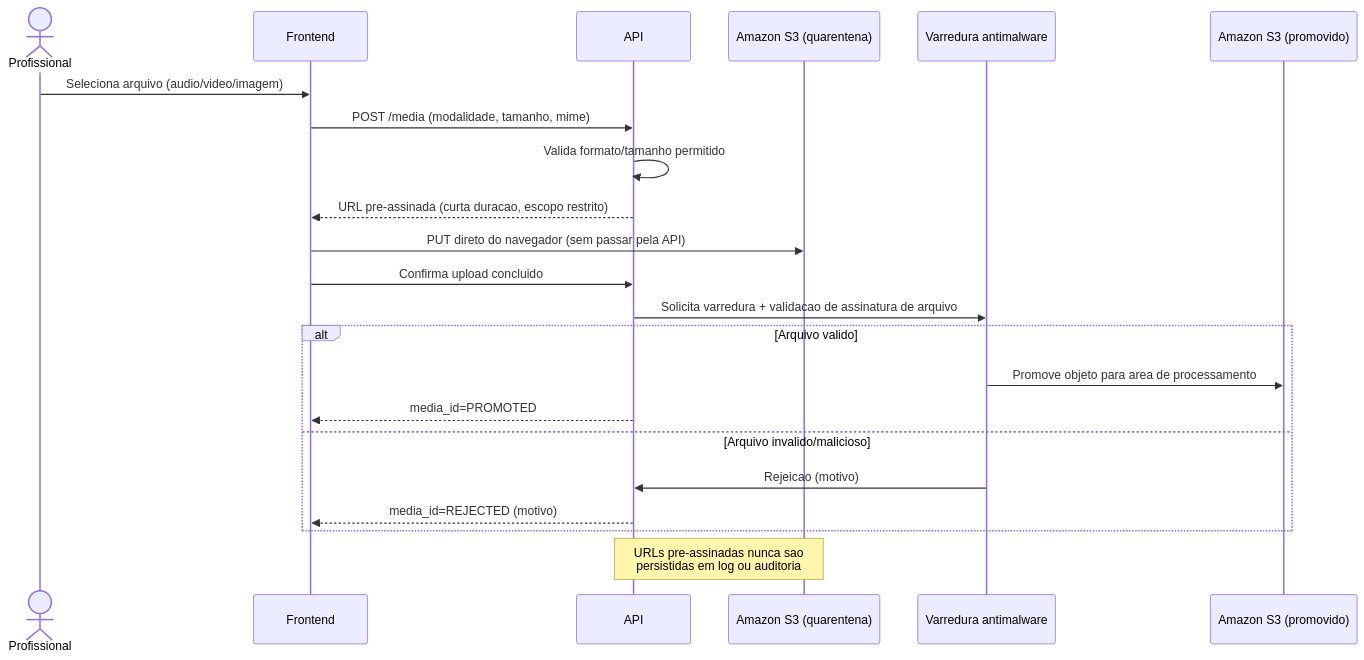
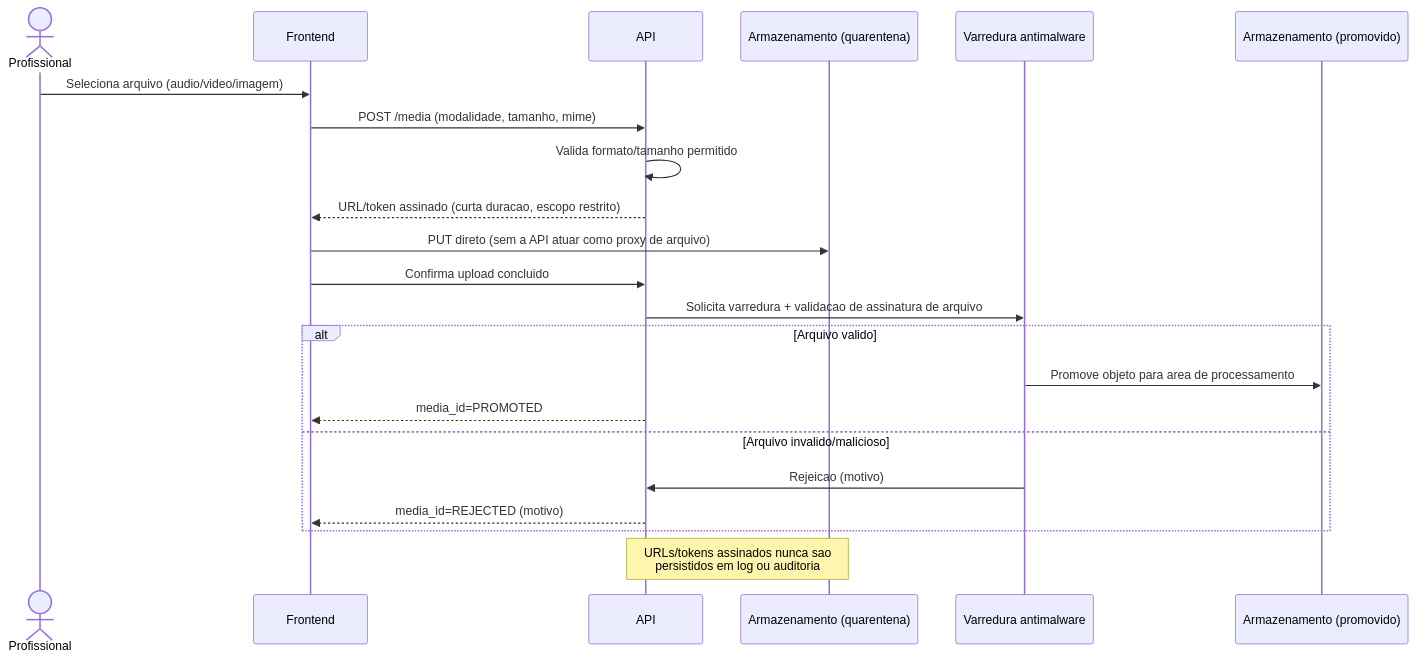
Before and after one commit to marcosvrc/sentinela-multimodal: the diagram in docs/architecture/05-sequencia-upload-seguro.mmd, drawn with Mermaid. The commit also changed 155 other files, not shown here.

```diff
--- a/docs/architecture/05-sequencia-upload-seguro.mmd
+++ b/docs/architecture/05-sequencia-upload-seguro.mmd
@@ -1,26 +1,26 @@
-%% Sequencia: upload seguro de midia via URL pre-assinada
+%% Sequencia: upload seguro de midia via URL/token assinado
 sequenceDiagram
     actor Prof as Profissional
     participant FE as Frontend
     participant API as API
-    participant S3 as Amazon S3 (quarentena)
+    participant Q as Armazenamento (quarentena)
     participant AV as Varredura antimalware
-    participant S3P as Amazon S3 (promovido)
+    participant AP as Armazenamento (promovido)
 
     Prof->>FE: Seleciona arquivo (audio/video/imagem)
     FE->>API: POST /media (modalidade, tamanho, mime)
     API->>API: Valida formato/tamanho permitido
-    API-->>FE: URL pre-assinada (curta duracao, escopo restrito)
-    FE->>S3: PUT direto do navegador (sem passar pela API)
+    API-->>FE: URL/token assinado (curta duracao, escopo restrito)
+    FE->>Q: PUT direto (sem a API atuar como proxy de arquivo)
     FE->>API: Confirma upload concluido
 
     API->>AV: Solicita varredura + validacao de assinatura de arquivo
     alt Arquivo valido
-        AV->>S3P: Promove objeto para area de processamento
+        AV->>AP: Promove objeto para area de processamento
         API-->>FE: media_id=PROMOTED
     else Arquivo invalido/malicioso
         AV->>API: Rejeicao (motivo)
         API-->>FE: media_id=REJECTED (motivo)
     end
 
-    Note over API,S3: URLs pre-assinadas nunca sao<br/>persistidas em log ou auditoria
+    Note over API,Q: URLs/tokens assinados nunca sao<br/>persistidos em log ou auditoria
```
